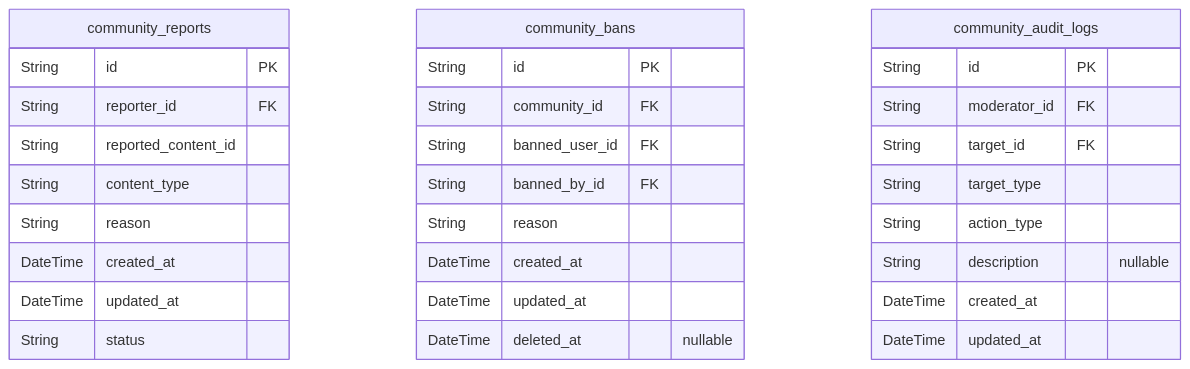
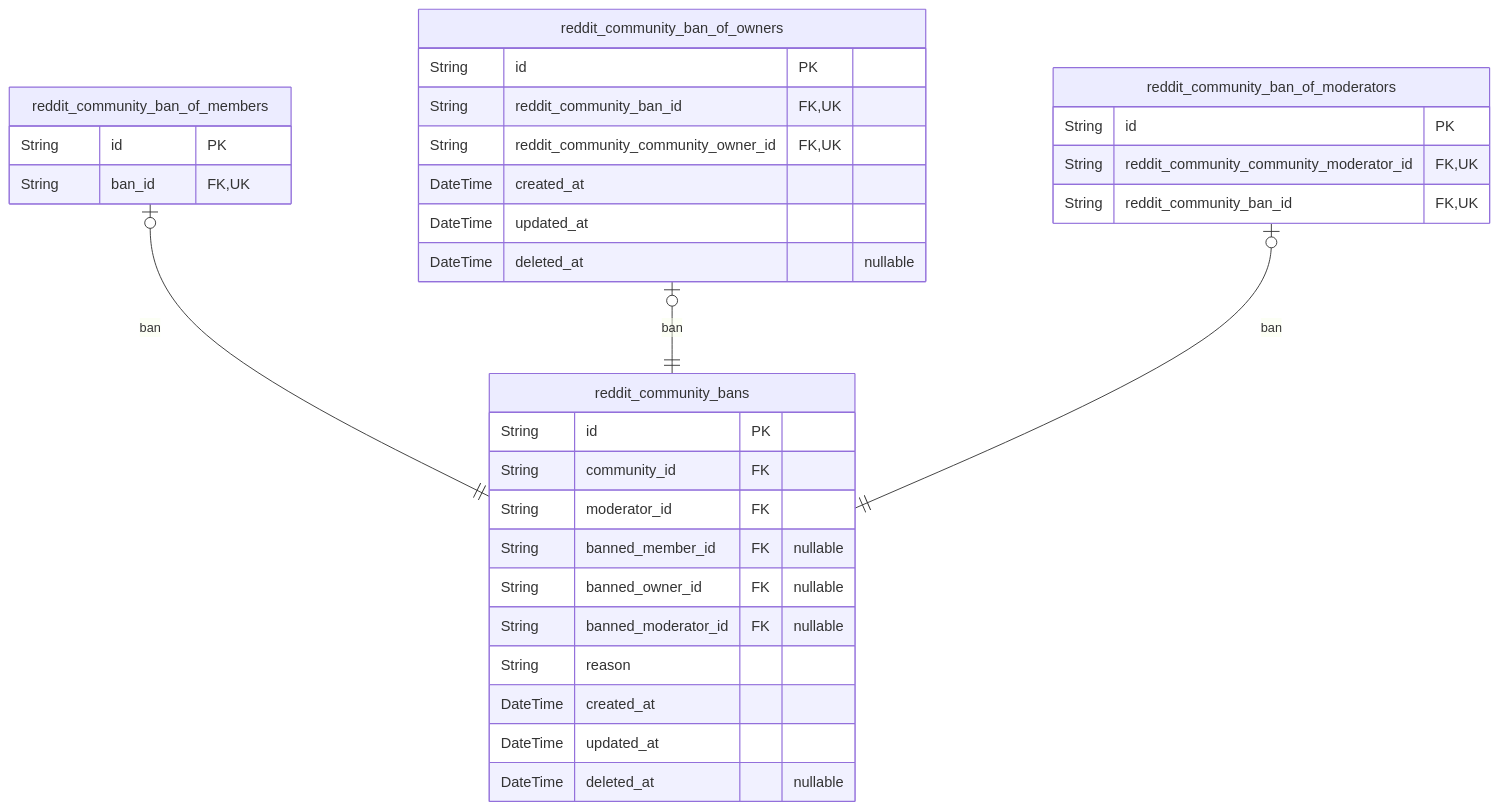
The sixth of 7 diagrams in qwen/qwen3-next-80b-a3b-instruct/reddit/docs/ERD.md (wrtnlabs/autobe-examples), drawn with Mermaid before and after one commit. The commit also changed other lines of this file and 3171 other files, not shown here.

````diff
--- a/qwen/qwen3-next-80b-a3b-instruct/reddit/docs/ERD.md
+++ b/qwen/qwen3-next-80b-a3b-instruct/reddit/docs/ERD.md
@@ -1947,33 +1174,35 @@
 ```mermaid
 erDiagram
-"community_reports" {
-  String id PK
-  String reporter_id FK
-  String reported_content_id
-  String content_type
-  String reason
-  DateTime created_at
-  DateTime updated_at
-  String status
-}
-"community_bans" {
+"reddit_community_bans" {
   String id PK
   String community_id FK
-  String banned_user_id FK
-  String banned_by_id FK
+  String moderator_id FK
+  String banned_member_id FK "nullable"
+  String banned_owner_id FK "nullable"
+  String banned_moderator_id FK "nullable"
   String reason
   DateTime created_at
   DateTime updated_at
   DateTime deleted_at "nullable"
 }
-"community_audit_logs" {
+"reddit_community_ban_of_members" {
   String id PK
-  String moderator_id FK
-  String target_id FK
-  String target_type
-  String action_type
-  String description "nullable"
+  String ban_id FK,UK
+}
+"reddit_community_ban_of_owners" {
+  String id PK
+  String reddit_community_ban_id FK,UK
+  String reddit_community_community_owner_id FK,UK
   DateTime created_at
   DateTime updated_at
+  DateTime deleted_at "nullable"
 }
+"reddit_community_ban_of_moderators" {
+  String id PK
+  String reddit_community_community_moderator_id FK,UK
+  String reddit_community_ban_id FK,UK
+}
+"reddit_community_ban_of_members" |o--|| "reddit_community_bans" : ban
+"reddit_community_ban_of_owners" |o--|| "reddit_community_bans" : ban
+"reddit_community_ban_of_moderators" |o--|| "reddit_community_bans" : ban
 ```
````
